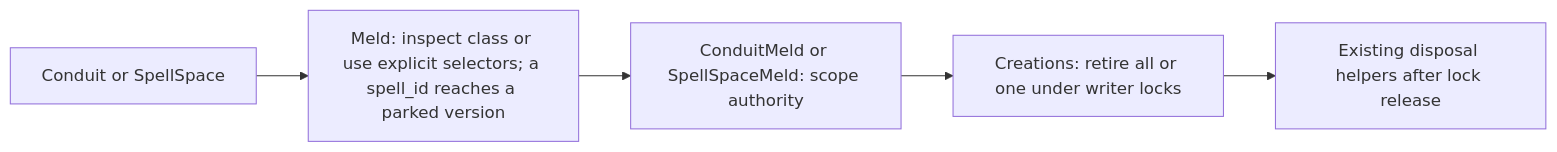
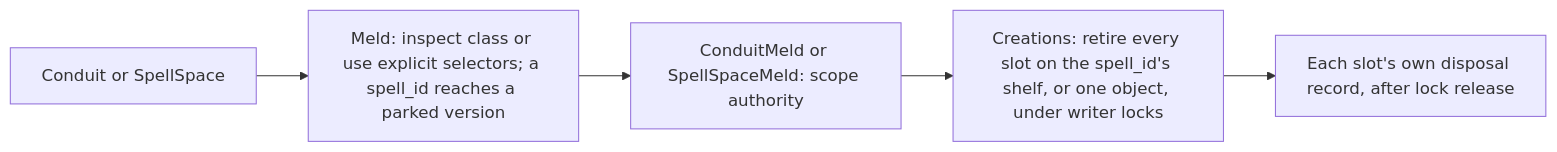
Before and after one commit to Synaptic724/melder: the fifth of 16 diagrams in context_compass/system_docs/src_architecture.md, drawn with Mermaid. The commit also changed other lines of this file and 288 other files, not shown here.

````diff
--- a/context_compass/system_docs/src_architecture.md
+++ b/context_compass/system_docs/src_architecture.md
@@ -4131,7 +4411,7 @@
 ```mermaid
 flowchart LR
   C[Conduit or SpellSpace] --> L[Meld: inspect class or use explicit selectors; a spell_id reaches a parked version]
   L --> M[ConduitMeld or SpellSpaceMeld: scope authority]
-  M --> S[Creations: retire all or one under writer locks]
-  S --> D[Existing disposal helpers after lock release]
+  M --> S[Creations: retire every slot on the spell_id's shelf, or one object, under writer locks]
+  S --> D[Each slot's own disposal record, after lock release]
 ```
````
